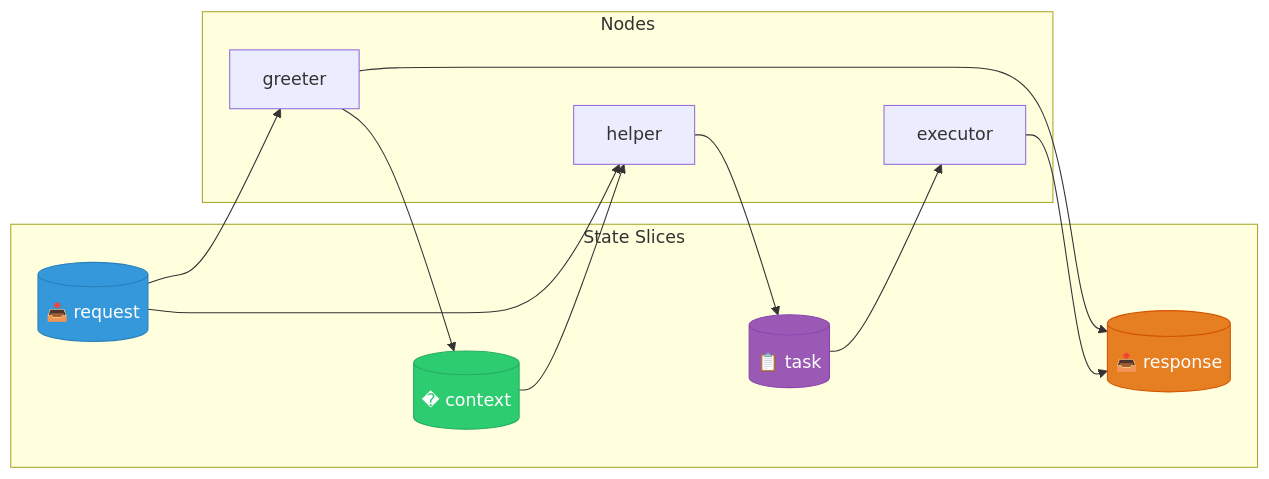
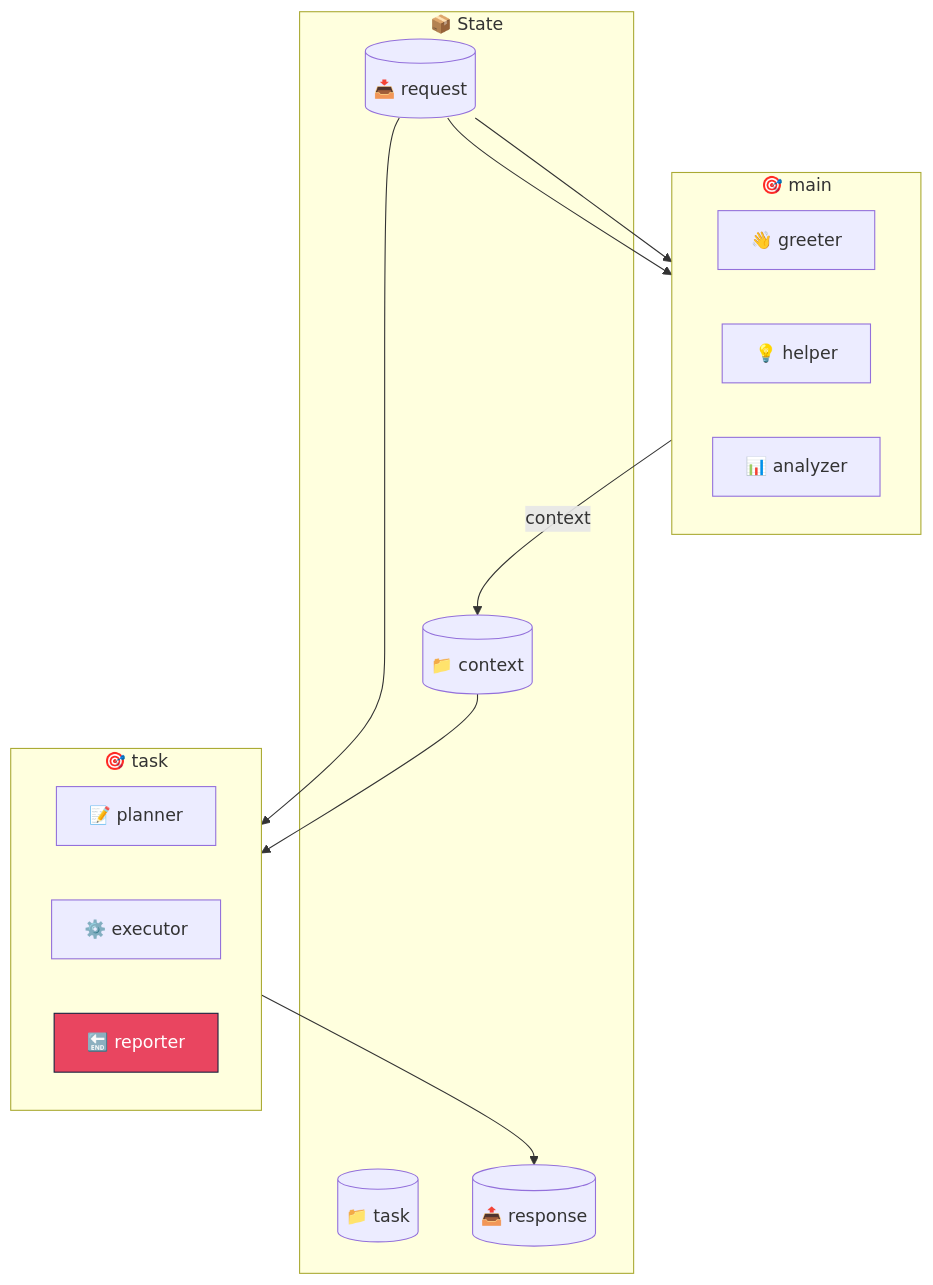
Before and after one commit to Pablo11111544545/agent-contracts: the third of 5 diagrams in docs/ARCHITECTURE_SAMPLE.md, drawn with Mermaid. The commit also changed other lines of this file and 2 other files, not shown here.

Commit message:
feat: Enhance architecture visualization with detailed data flow, slice dependencies, and supervisor-specific priority chains.

````diff
--- a/docs/ARCHITECTURE_SAMPLE.md
+++ b/docs/ARCHITECTURE_SAMPLE.md
@@ -93,31 +62,36 @@
 ```mermaid
-flowchart LR
-    subgraph slices["State Slices"]
-        req[("📥 request")]
-        ctx[("�️ context")]
-        tsk[("📋 task")]
-        resp[("📤 response")]
+flowchart TB
+    subgraph slices["📦 State"]
+        request[("📥 request")]
+        context[("📁 context")]
+        task_slice[("📁 task")]
+        response[("📤 response")]
     end
-    
-    subgraph nodes["Nodes"]
-        greeter["greeter"]
-        helper["helper"]
-        executor["executor"]
+
+    subgraph main["🎯 main"]
+        direction LR
+        greeter["👋 greeter"]
+        helper["💡 helper"]
+        analyzer["📊 analyzer"]
     end
-    
-    req --> greeter
-    greeter --> ctx
-    greeter --> resp
-    
-    req --> helper
-    ctx --> helper
-    helper --> tsk
-    
-    tsk --> executor
-    executor --> resp
-    
-    style req fill:#3498db,stroke:#2980b9,color:#fff
-    style ctx fill:#2ecc71,stroke:#27ae60,color:#fff
-    style tsk fill:#9b59b6,stroke:#8e44ad,color:#fff
-    style resp fill:#e67e22,stroke:#d35400,color:#fff
+    subgraph task_sup["🎯 task"]
+        direction LR
+        planner["📝 planner"]
+        executor["⚙️ executor"]
+        reporter["🔚 reporter"]
+    end
+
+    %% Entry points
+    request --> greeter
+    request --> helper
+    request --> planner
+    %% Terminal outputs
+    reporter --> response
+    %% Cross-supervisor data
+    main -->|context| context
+    context --> task_sup
+
+    classDef slice fill:#f5f5f5,stroke:#999
+    classDef terminal fill:#e94560,stroke:#16213e,color:#fff
+    class reporter terminal
 ```
````
